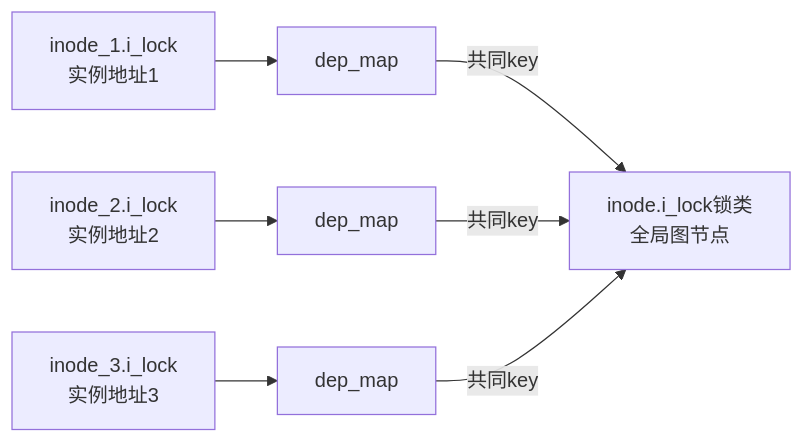
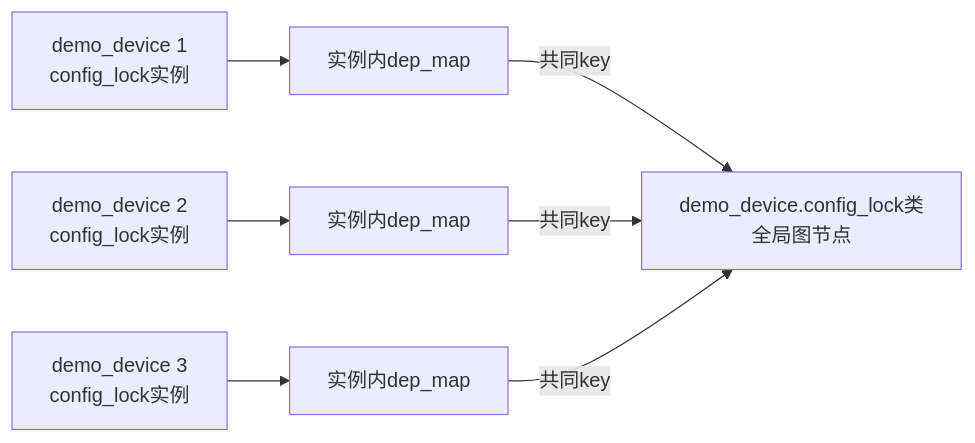
Before and after one commit to FormingSystem/linux_note: the diagram in knowledge/linux/synchronization/lockdep/P03_锁实例_锁类_key与subclass.md, drawn with Mermaid. The commit also changed other lines of this file and 21 other files, not shown here.

````diff
--- a/knowledge/linux/synchronization/lockdep/P03_锁实例_锁类_key与subclass.md
+++ b/knowledge/linux/synchronization/lockdep/P03_锁实例_锁类_key与subclass.md
@@ -34,9 +23,9 @@
 ```mermaid
 flowchart LR
-    I1["inode_1.i_lock<br/>实例地址1"] --> M1["dep_map"]
-    I2["inode_2.i_lock<br/>实例地址2"] --> M2["dep_map"]
-    I3["inode_3.i_lock<br/>实例地址3"] --> M3["dep_map"]
-    M1 -->|"共同key"| C["inode.i_lock锁类<br/>全局图节点"]
+    D1["demo_device 1<br/>config_lock实例"] --> M1["实例内dep_map"]
+    D2["demo_device 2<br/>config_lock实例"] --> M2["实例内dep_map"]
+    D3["demo_device 3<br/>config_lock实例"] --> M3["实例内dep_map"]
+    M1 -->|"共同key"| C["demo_device.config_lock类<br/>全局图节点"]
     M2 -->|"共同key"| C
     M3 -->|"共同key"| C
 ```
````
